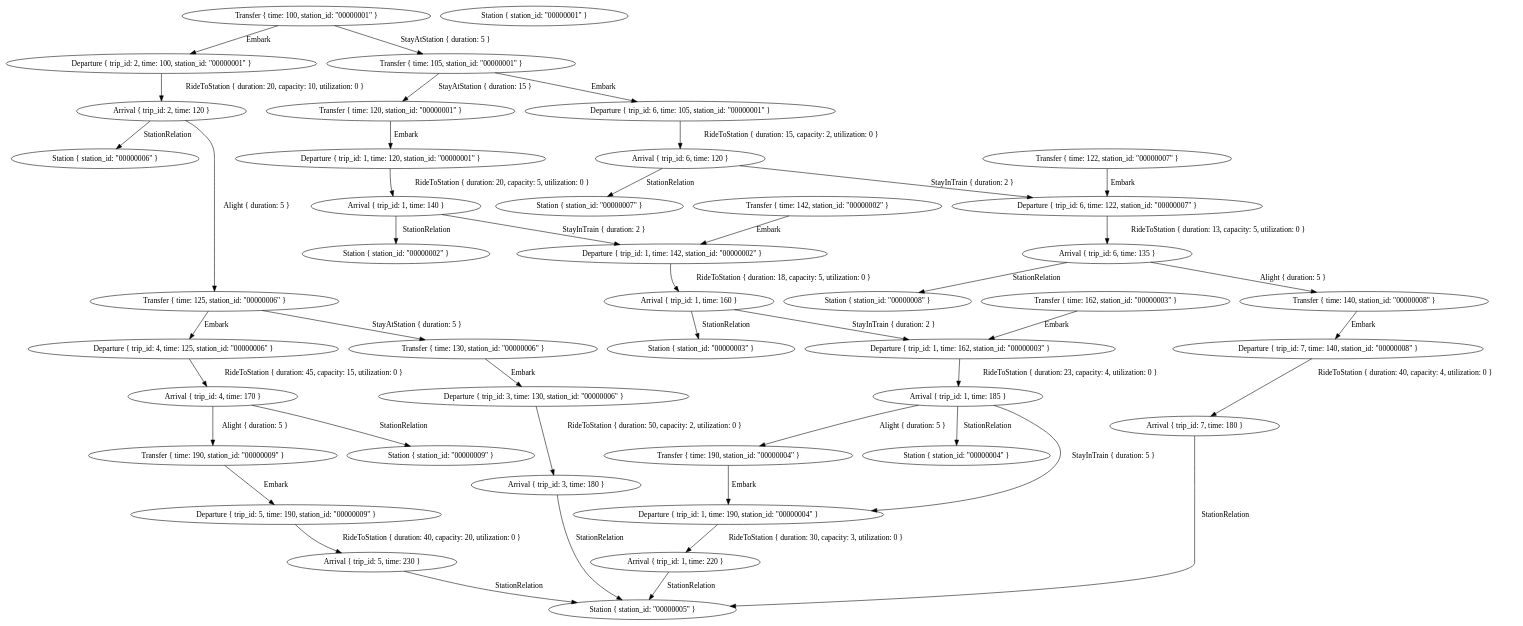
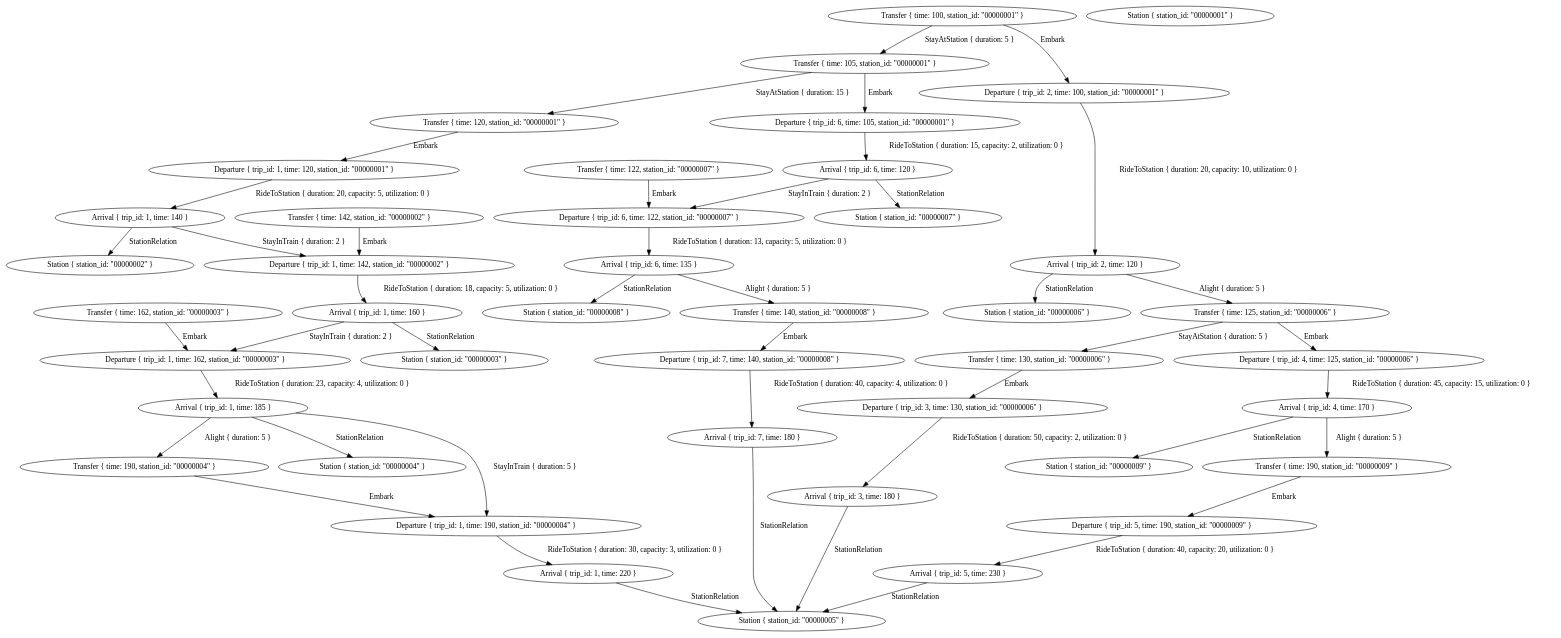
One commit to eliaswendt/mcfp-optimizer changed the diagram in graphs/graph.dot. Above: the diagram before and after it, drawn with Graphviz. The commit also changed 5 other files, not shown here.

```diff
--- a/graphs/graph.dot
+++ b/graphs/graph.dot
@@ -1,88 +1,88 @@
 digraph {
-    0 [ label = "Arrival { trip_id: 3, time: 180 }" ]
-    1 [ label = "Departure { trip_id: 3, time: 130, station_id: \"00000006\" }" ]
-    2 [ label = "Arrival { trip_id: 5, time: 230 }" ]
-    3 [ label = "Departure { trip_id: 5, time: 190, station_id: \"00000009\" }" ]
+    0 [ label = "Arrival { trip_id: 6, time: 135 }" ]
+    1 [ label = "Departure { trip_id: 6, time: 122, station_id: \"00000007\" }" ]
+    2 [ label = "Arrival { trip_id: 2, time: 120 }" ]
+    3 [ label = "Departure { trip_id: 2, time: 100, station_id: \"00000001\" }" ]
     4 [ label = "Arrival { trip_id: 4, time: 170 }" ]
     5 [ label = "Departure { trip_id: 4, time: 125, station_id: \"00000006\" }" ]
-    6 [ label = "Arrival { trip_id: 6, time: 135 }" ]
-    7 [ label = "Departure { trip_id: 6, time: 122, station_id: \"00000007\" }" ]
-    8 [ label = "Arrival { trip_id: 7, time: 180 }" ]
-    9 [ label = "Departure { trip_id: 7, time: 140, station_id: \"00000008\" }" ]
-    10 [ label = "Arrival { trip_id: 6, time: 120 }" ]
-    11 [ label = "Departure { trip_id: 6, time: 105, station_id: \"00000001\" }" ]
-    12 [ label = "Arrival { trip_id: 1, time: 160 }" ]
-    13 [ label = "Departure { trip_id: 1, time: 142, station_id: \"00000002\" }" ]
-    14 [ label = "Arrival { trip_id: 1, time: 220 }" ]
-    15 [ label = "Departure { trip_id: 1, time: 190, station_id: \"00000004\" }" ]
-    16 [ label = "Arrival { trip_id: 1, time: 140 }" ]
-    17 [ label = "Departure { trip_id: 1, time: 120, station_id: \"00000001\" }" ]
-    18 [ label = "Arrival { trip_id: 2, time: 120 }" ]
-    19 [ label = "Departure { trip_id: 2, time: 100, station_id: \"00000001\" }" ]
-    20 [ label = "Arrival { trip_id: 1, time: 185 }" ]
-    21 [ label = "Departure { trip_id: 1, time: 162, station_id: \"00000003\" }" ]
-    22 [ label = "Station { station_id: \"00000006\" }" ]
-    23 [ label = "Transfer { time: 125, station_id: \"00000006\" }" ]
+    6 [ label = "Arrival { trip_id: 1, time: 220 }" ]
+    7 [ label = "Departure { trip_id: 1, time: 190, station_id: \"00000004\" }" ]
+    8 [ label = "Arrival { trip_id: 1, time: 140 }" ]
+    9 [ label = "Departure { trip_id: 1, time: 120, station_id: \"00000001\" }" ]
+    10 [ label = "Arrival { trip_id: 3, time: 180 }" ]
+    11 [ label = "Departure { trip_id: 3, time: 130, station_id: \"00000006\" }" ]
+    12 [ label = "Arrival { trip_id: 1, time: 185 }" ]
+    13 [ label = "Departure { trip_id: 1, time: 162, station_id: \"00000003\" }" ]
+    14 [ label = "Arrival { trip_id: 5, time: 230 }" ]
+    15 [ label = "Departure { trip_id: 5, time: 190, station_id: \"00000009\" }" ]
+    16 [ label = "Arrival { trip_id: 6, time: 120 }" ]
+    17 [ label = "Departure { trip_id: 6, time: 105, station_id: \"00000001\" }" ]
+    18 [ label = "Arrival { trip_id: 7, time: 180 }" ]
+    19 [ label = "Departure { trip_id: 7, time: 140, station_id: \"00000008\" }" ]
+    20 [ label = "Arrival { trip_id: 1, time: 160 }" ]
+    21 [ label = "Departure { trip_id: 1, time: 142, station_id: \"00000002\" }" ]
+    22 [ label = "Station { station_id: \"00000005\" }" ]
+    23 [ label = "Station { station_id: \"00000006\" }" ]
     24 [ label = "Transfer { time: 130, station_id: \"00000006\" }" ]
-    25 [ label = "Station { station_id: \"00000005\" }" ]
-    26 [ label = "Station { station_id: \"00000002\" }" ]
-    27 [ label = "Transfer { time: 142, station_id: \"00000002\" }" ]
-    28 [ label = "Station { station_id: \"00000004\" }" ]
-    29 [ label = "Transfer { time: 190, station_id: \"00000004\" }" ]
-    30 [ label = "Station { station_id: \"00000009\" }" ]
-    31 [ label = "Transfer { time: 190, station_id: \"00000009\" }" ]
-    32 [ label = "Station { station_id: \"00000008\" }" ]
-    33 [ label = "Transfer { time: 140, station_id: \"00000008\" }" ]
-    34 [ label = "Station { station_id: \"00000001\" }" ]
-    35 [ label = "Transfer { time: 100, station_id: \"00000001\" }" ]
-    36 [ label = "Transfer { time: 105, station_id: \"00000001\" }" ]
-    37 [ label = "Transfer { time: 120, station_id: \"00000001\" }" ]
-    38 [ label = "Station { station_id: \"00000003\" }" ]
-    39 [ label = "Transfer { time: 162, station_id: \"00000003\" }" ]
-    40 [ label = "Station { station_id: \"00000007\" }" ]
-    41 [ label = "Transfer { time: 122, station_id: \"00000007\" }" ]
-    1 -> 0 [ label = "RideToStation { duration: 50, capacity: 2, utilization: 0 }" ]
-    3 -> 2 [ label = "RideToStation { duration: 40, capacity: 20, utilization: 0 }" ]
+    25 [ label = "Transfer { time: 125, station_id: \"00000006\" }" ]
+    26 [ label = "Station { station_id: \"00000007\" }" ]
+    27 [ label = "Transfer { time: 122, station_id: \"00000007\" }" ]
+    28 [ label = "Station { station_id: \"00000009\" }" ]
+    29 [ label = "Transfer { time: 190, station_id: \"00000009\" }" ]
+    30 [ label = "Station { station_id: \"00000001\" }" ]
+    31 [ label = "Transfer { time: 100, station_id: \"00000001\" }" ]
+    32 [ label = "Transfer { time: 120, station_id: \"00000001\" }" ]
+    33 [ label = "Transfer { time: 105, station_id: \"00000001\" }" ]
+    34 [ label = "Station { station_id: \"00000002\" }" ]
+    35 [ label = "Transfer { time: 142, station_id: \"00000002\" }" ]
+    36 [ label = "Station { station_id: \"00000004\" }" ]
+    37 [ label = "Transfer { time: 190, station_id: \"00000004\" }" ]
+    38 [ label = "Station { station_id: \"00000008\" }" ]
+    39 [ label = "Transfer { time: 140, station_id: \"00000008\" }" ]
+    40 [ label = "Station { station_id: \"00000003\" }" ]
+    41 [ label = "Transfer { time: 162, station_id: \"00000003\" }" ]
+    1 -> 0 [ label = "RideToStation { duration: 13, capacity: 5, utilization: 0 }" ]
+    3 -> 2 [ label = "RideToStation { duration: 20, capacity: 10, utilization: 0 }" ]
     5 -> 4 [ label = "RideToStation { duration: 45, capacity: 15, utilization: 0 }" ]
-    7 -> 6 [ label = "RideToStation { duration: 13, capacity: 5, utilization: 0 }" ]
-    9 -> 8 [ label = "RideToStation { duration: 40, capacity: 4, utilization: 0 }" ]
-    11 -> 10 [ label = "RideToStation { duration: 15, capacity: 2, utilization: 0 }" ]
-    13 -> 12 [ label = "RideToStation { duration: 18, capacity: 5, utilization: 0 }" ]
-    15 -> 14 [ label = "RideToStation { duration: 30, capacity: 3, utilization: 0 }" ]
-    17 -> 16 [ label = "RideToStation { duration: 20, capacity: 5, utilization: 0 }" ]
-    19 -> 18 [ label = "RideToStation { duration: 20, capacity: 10, utilization: 0 }" ]
-    21 -> 20 [ label = "RideToStation { duration: 23, capacity: 4, utilization: 0 }" ]
-    23 -> 5 [ label = "Embark" ]
-    24 -> 1 [ label = "Embark" ]
-    23 -> 24 [ label = "StayAtStation { duration: 5 }" ]
+    7 -> 6 [ label = "RideToStation { duration: 30, capacity: 3, utilization: 0 }" ]
+    9 -> 8 [ label = "RideToStation { duration: 20, capacity: 5, utilization: 0 }" ]
+    11 -> 10 [ label = "RideToStation { duration: 50, capacity: 2, utilization: 0 }" ]
+    13 -> 12 [ label = "RideToStation { duration: 23, capacity: 4, utilization: 0 }" ]
+    15 -> 14 [ label = "RideToStation { duration: 40, capacity: 20, utilization: 0 }" ]
+    17 -> 16 [ label = "RideToStation { duration: 15, capacity: 2, utilization: 0 }" ]
+    19 -> 18 [ label = "RideToStation { duration: 40, capacity: 4, utilization: 0 }" ]
+    21 -> 20 [ label = "RideToStation { duration: 18, capacity: 5, utilization: 0 }" ]
+    6 -> 22 [ label = "StationRelation" ]
+    14 -> 22 [ label = "StationRelation" ]
+    10 -> 22 [ label = "StationRelation" ]
     18 -> 22 [ label = "StationRelation" ]
-    18 -> 23 [ label = "Alight { duration: 5 }" ]
-    8 -> 25 [ label = "StationRelation" ]
-    0 -> 25 [ label = "StationRelation" ]
-    2 -> 25 [ label = "StationRelation" ]
-    14 -> 25 [ label = "StationRelation" ]
-    27 -> 13 [ label = "Embark" ]
-    16 -> 13 [ label = "StayInTrain { duration: 2 }" ]
+    24 -> 11 [ label = "Embark" ]
+    25 -> 5 [ label = "Embark" ]
+    25 -> 24 [ label = "StayAtStation { duration: 5 }" ]
+    2 -> 23 [ label = "StationRelation" ]
+    2 -> 25 [ label = "Alight { duration: 5 }" ]
+    27 -> 1 [ label = "Embark" ]
+    16 -> 1 [ label = "StayInTrain { duration: 2 }" ]
     16 -> 26 [ label = "StationRelation" ]
     29 -> 15 [ label = "Embark" ]
-    20 -> 15 [ label = "StayInTrain { duration: 5 }" ]
-    20 -> 28 [ label = "StationRelation" ]
-    20 -> 29 [ label = "Alight { duration: 5 }" ]
+    4 -> 28 [ label = "StationRelation" ]
+    4 -> 29 [ label = "Alight { duration: 5 }" ]
     31 -> 3 [ label = "Embark" ]
-    4 -> 30 [ label = "StationRelation" ]
-    4 -> 31 [ label = "Alight { duration: 5 }" ]
-    33 -> 9 [ label = "Embark" ]
-    6 -> 32 [ label = "StationRelation" ]
-    6 -> 33 [ label = "Alight { duration: 5 }" ]
-    35 -> 19 [ label = "Embark" ]
-    36 -> 11 [ label = "Embark" ]
-    37 -> 17 [ label = "Embark" ]
-    35 -> 36 [ label = "StayAtStation { duration: 5 }" ]
-    36 -> 37 [ label = "StayAtStation { duration: 15 }" ]
-    39 -> 21 [ label = "Embark" ]
-    12 -> 21 [ label = "StayInTrain { duration: 2 }" ]
-    12 -> 38 [ label = "StationRelation" ]
-    41 -> 7 [ label = "Embark" ]
-    10 -> 7 [ label = "StayInTrain { duration: 2 }" ]
-    10 -> 40 [ label = "StationRelation" ]
+    32 -> 9 [ label = "Embark" ]
+    33 -> 17 [ label = "Embark" ]
+    31 -> 33 [ label = "StayAtStation { duration: 5 }" ]
+    33 -> 32 [ label = "StayAtStation { duration: 15 }" ]
+    35 -> 21 [ label = "Embark" ]
+    8 -> 21 [ label = "StayInTrain { duration: 2 }" ]
+    8 -> 34 [ label = "StationRelation" ]
+    37 -> 7 [ label = "Embark" ]
+    12 -> 7 [ label = "StayInTrain { duration: 5 }" ]
+    12 -> 36 [ label = "StationRelation" ]
+    12 -> 37 [ label = "Alight { duration: 5 }" ]
+    39 -> 19 [ label = "Embark" ]
+    0 -> 38 [ label = "StationRelation" ]
+    0 -> 39 [ label = "Alight { duration: 5 }" ]
+    41 -> 13 [ label = "Embark" ]
+    20 -> 13 [ label = "StayInTrain { duration: 2 }" ]
+    20 -> 40 [ label = "StationRelation" ]
 }
```
